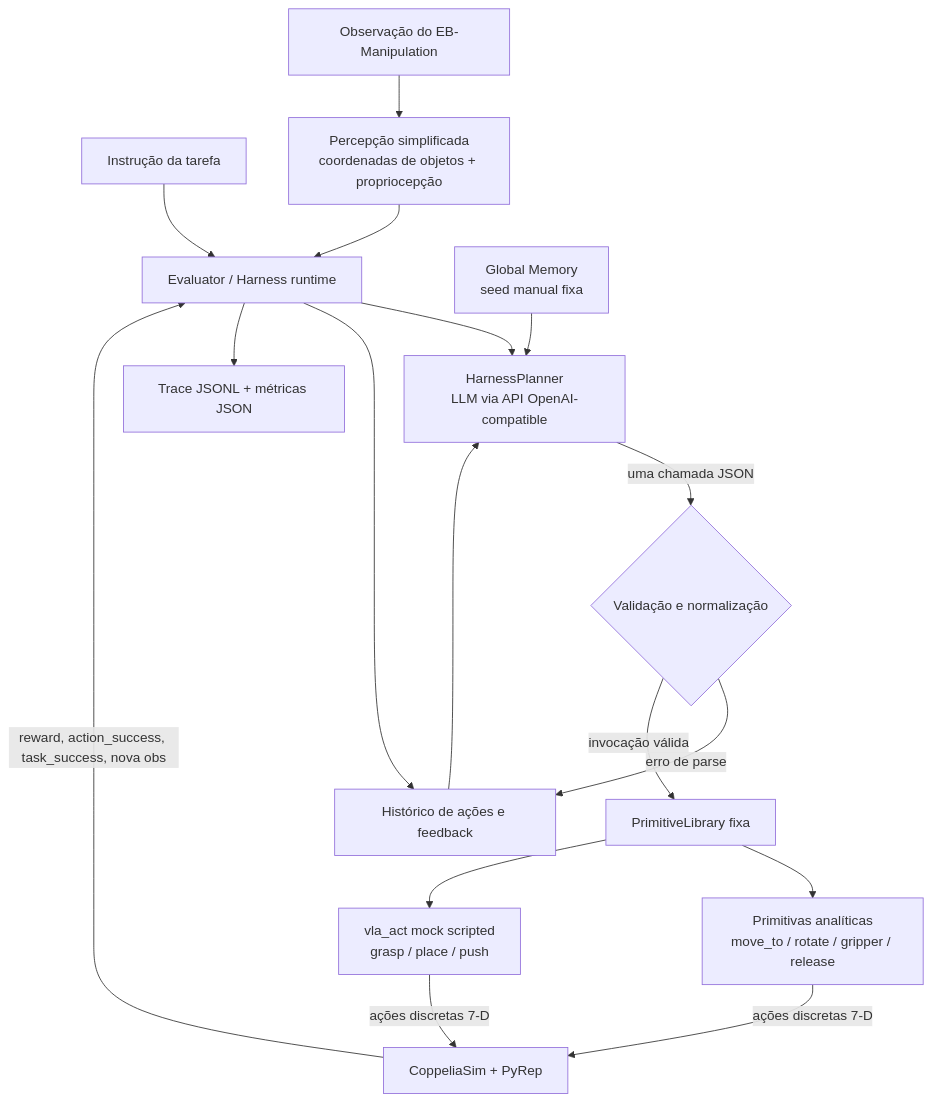
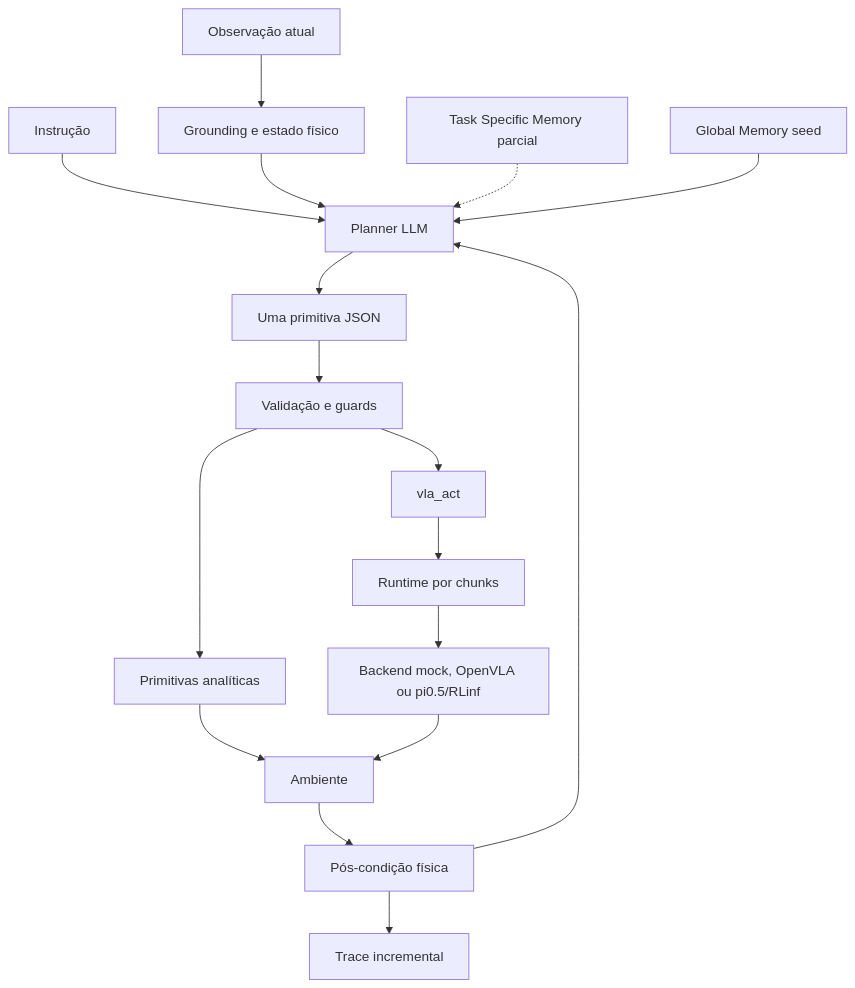
One commit to marcospaulo429/harness-vla changed the diagram in docs/HARNESS_VLA_BETA_REPORT.md. Above: the diagram before and after it, drawn with Mermaid. The commit also changed other lines of this file and 10 other files, not shown here.

Commit message:
docs: consolidate current status and evaluation roadmap

````diff
--- a/docs/HARNESS_VLA_BETA_REPORT.md
+++ b/docs/HARNESS_VLA_BETA_REPORT.md
@@ -30,19 +42,19 @@
 ```mermaid
 flowchart TD
-    U[Instrução da tarefa] --> E[Evaluator / Harness runtime]
-    O[Observação do EB-Manipulation] --> P[Percepção simplificada\ncoordenadas de objetos + propriocepção]
-    P --> E
-    GM[Global Memory\nseed manual fixa] --> L[HarnessPlanner\nLLM via API OpenAI-compatible]
-    E --> L
-    H[Histórico de ações e feedback] --> L
-    L -->|uma chamada JSON| V{Validação e normalização}
-    V -->|erro de parse| H
-    V -->|invocação válida| PL[PrimitiveLibrary fixa]
-    PL --> A[Primitivas analíticas\nmove_to / rotate / gripper / release]
-    PL --> C[vla_act mock scripted\ngrasp / place / push]
-    A -->|ações discretas 7-D| S[CoppeliaSim + PyRep]
-    C -->|ações discretas 7-D| S
-    S -->|reward, action_success, task_success, nova obs| E
-    E --> H
-    E --> T[Trace JSONL + métricas JSON]
+    U[Instrução] --> P[Planner LLM]
+    O[Observação atual] --> G[Grounding e estado físico]
+    G --> P
+    TM[Task Specific Memory parcial] -.-> P
+    GM[Global Memory seed] --> P
+    P --> J[Uma primitiva JSON]
+    J --> V[Validação e guards]
+    V --> A[Primitivas analíticas]
+    V --> C[vla_act]
+    C --> R[Runtime por chunks]
+    R --> B[Backend mock, OpenVLA ou pi0.5/RLinf]
+    A --> E[Ambiente]
+    B --> E
+    E --> Q[Pós-condição física]
+    Q --> T[Trace incremental]
+    Q --> P
 ```
````
